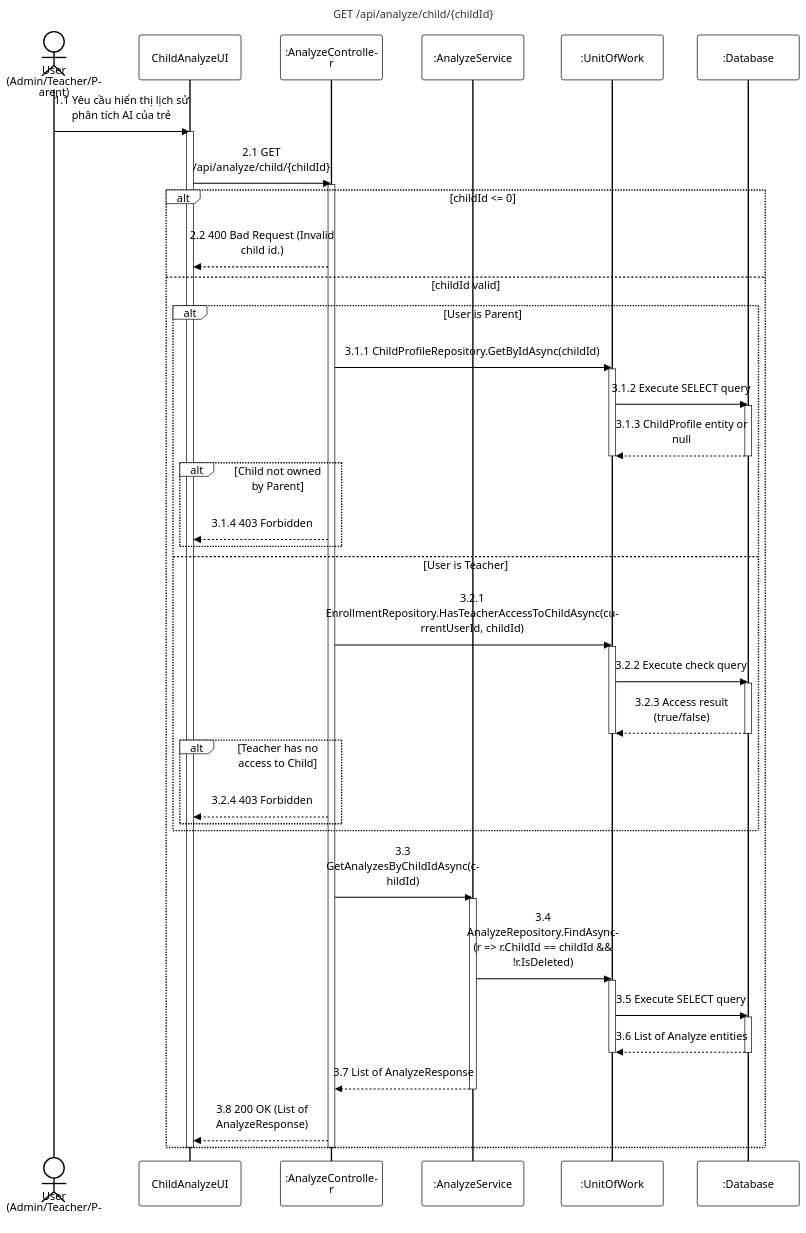
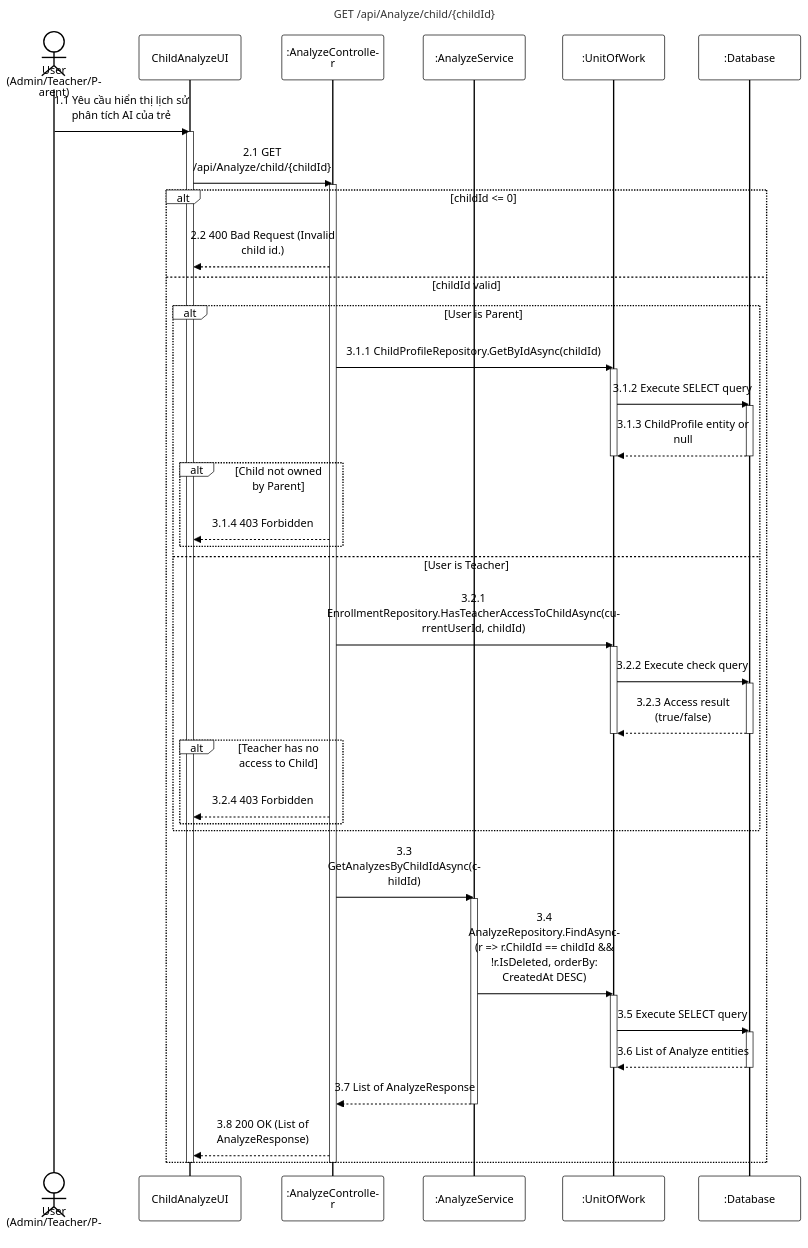
One commit to PhucAnDev/docx-diagram changed the diagram in 07-results-performance-analysis/sequence-diagram/apis/get-child-ai-analysis.mmd. Above: the diagram before and after it, drawn with Mermaid. The commit also changed 3 other files, not shown here.

Commit message:
fix: update get-child-ai-analysis.mmd and create-ai-analysis.mmd with correct route casing, orderBy sorting, response messages, and activations

```diff
--- a/07-results-performance-analysis/sequence-diagram/apis/get-child-ai-analysis.mmd
+++ b/07-results-performance-analysis/sequence-diagram/apis/get-child-ai-analysis.mmd
@@ -1,59 +1,59 @@
 %%{init: {'theme':'base', 'themeVariables': {'actorBkg':'#ffffff','actorBorder':'#000000','actorTextColor':'#000000','actorLineColor':'#000000','signalColor':'#000000','signalTextColor':'#000000','labelBoxBkgColor':'#ffffff','labelBoxBorderColor':'#000000','labelTextColor':'#000000','loopTextColor':'#000000','noteBkgColor':'#ffffff','noteBorderColor':'#000000','noteTextColor':'#000000','activationBorderColor':'#000000','activationBkgColor':'#ffffff','sequenceNumberColor':'#000000'}, 'sequence': {'width':150,'height':65,'actorFontSize':16,'messageFontSize':16,'wrap':true,'wrapPadding':10}}}%%
 sequenceDiagram
-    title GET /api/analyze/child/{childId}
+    title GET /api/Analyze/child/{childId}
     actor User as User (Admin/Teacher/Parent)
     participant UI as ChildAnalyzeUI
     participant Endpoint as :AnalyzeController
     participant Service as :AnalyzeService
     participant DB as :UnitOfWork
     participant Database as :Database
 
     User->>UI: 1.1 Yêu cầu hiển thị lịch sử phân tích AI của trẻ
     activate UI
-    UI->>Endpoint: 2.1 GET /api/analyze/child/{childId}
+    UI->>Endpoint: 2.1 GET /api/Analyze/child/{childId}
     activate Endpoint
 
     alt childId <= 0
         Endpoint-->>UI: 2.2 400 Bad Request (Invalid child id.)
     else childId valid
         alt User is Parent
             Endpoint->>DB: 3.1.1 ChildProfileRepository.GetByIdAsync(childId)
             activate DB
             DB->>Database: 3.1.2 Execute SELECT query
             activate Database
             Database-->>DB: 3.1.3 ChildProfile entity or null
             deactivate Database
             deactivate DB
             alt Child not owned by Parent
                 Endpoint-->>UI: 3.1.4 403 Forbidden
             end
         else User is Teacher
             Endpoint->>DB: 3.2.1 EnrollmentRepository.HasTeacherAccessToChildAsync(currentUserId, childId)
             activate DB
             DB->>Database: 3.2.2 Execute check query
             activate Database
             Database-->>DB: 3.2.3 Access result (true/false)
             deactivate Database
             deactivate DB
             alt Teacher has no access to Child
                 Endpoint-->>UI: 3.2.4 403 Forbidden
             end
         end
 
         Endpoint->>Service: 3.3 GetAnalyzesByChildIdAsync(childId)
         activate Service
 
-        Service->>DB: 3.4 AnalyzeRepository.FindAsync(r => r.ChildId == childId && !r.IsDeleted)
+        Service->>DB: 3.4 AnalyzeRepository.FindAsync(r => r.ChildId == childId && !r.IsDeleted, orderBy: CreatedAt DESC)
         activate DB
         DB->>Database: 3.5 Execute SELECT query
         activate Database
         Database-->>DB: 3.6 List of Analyze entities
         deactivate Database
         deactivate DB
 
         Service-->>Endpoint: 3.7 List of AnalyzeResponse
         deactivate Service
         Endpoint-->>UI: 3.8 200 OK (List of AnalyzeResponse)
     end
     deactivate Endpoint
     deactivate UI
```
